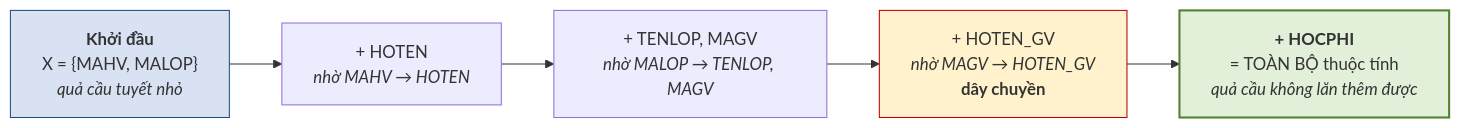
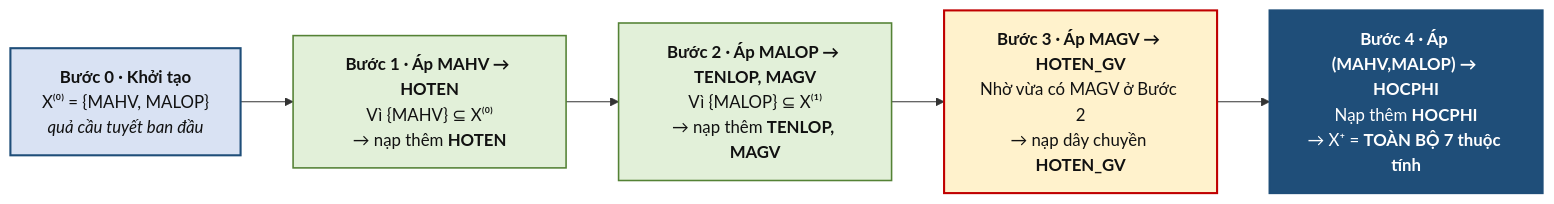
One commit to CuongNguyenDAU/csdl-dbs201 changed the diagram in docs/chuong-5/5-4-bao-dong-cua-tap-thuoc-tinh.md. Above: the diagram before and after it, drawn with Mermaid. The commit also changed other lines of this file and 123 other files, not shown here.

Commit message:
Cập nhật bài giảng v7: sơ đồ ER ký pháp Chen, hình minh họa tự vẽ, mở rộng toàn diện Chương 5 và bổ sung lời giải A4, B5

````diff
--- a/docs/chuong-5/5-4-bao-dong-cua-tap-thuoc-tinh.md
+++ b/docs/chuong-5/5-4-bao-dong-cua-tap-thuoc-tinh.md
@@ -25,10 +51,12 @@
 ```mermaid
 flowchart LR
-    S["<b>Khởi đầu</b><br/>X = {MAHV, MALOP}<br/><i>quả cầu tuyết nhỏ</i>"] --> A["+ HOTEN<br/><i>nhờ MAHV → HOTEN</i>"]
-    A --> B["+ TENLOP, MAGV<br/><i>nhờ MALOP → TENLOP, MAGV</i>"]
-    B --> C["+ HOTEN_GV<br/><i>nhờ MAGV → HOTEN_GV</i><br/><b>dây chuyền</b>"]
-    C --> D["<b>+ HOCPHI</b><br/>= TOÀN BỘ thuộc tính<br/><i>quả cầu không lăn thêm được</i>"]
-    style S fill:#D9E2F3,stroke:#1F4E79
-    style C fill:#FFF2CC,stroke:#C00000
-    style D fill:#E2F0D9,stroke:#548235,stroke-width:2px
+    S["<b>Bước 0 · Khởi tạo</b><br/>X⁽⁰⁾ = {MAHV, MALOP}<br/><i>quả cầu tuyết ban đầu</i>"] --> A["<b>Bước 1 · Áp MAHV → HOTEN</b><br/>Vì {MAHV} ⊆ X⁽⁰⁾<br/>→ nạp thêm <b>HOTEN</b>"]
+    A --> B["<b>Bước 2 · Áp MALOP → TENLOP, MAGV</b><br/>Vì {MALOP} ⊆ X⁽¹⁾<br/>→ nạp thêm <b>TENLOP, MAGV</b>"]
+    B --> C["<b>Bước 3 · Áp MAGV → HOTEN_GV</b><br/>Nhờ vừa có MAGV ở Bước 2<br/>→ nạp dây chuyền <b>HOTEN_GV</b>"]
+    C --> D["<b>Bước 4 · Áp (MAHV,MALOP) → HOCPHI</b><br/>Nạp thêm <b>HOCPHI</b><br/>→ X⁺ = <b>TOÀN BỘ 7 thuộc tính</b>"]
+    style S fill:#D9E2F3,color:#111111,stroke:#1F4E79,stroke-width:2px
+    style A fill:#E2F0D9,color:#111111,stroke:#548235,stroke-width:1.5px
+    style B fill:#E2F0D9,color:#111111,stroke:#548235,stroke-width:1.5px
+    style C fill:#FFF2CC,color:#111111,stroke:#C00000,stroke-width:2px
+    style D fill:#1F4E79,color:#ffffff,stroke:#1F4E79,stroke-width:2px
 ```
````
